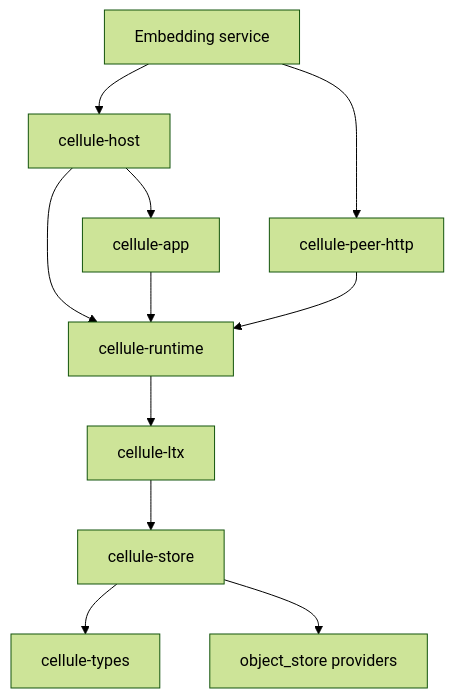
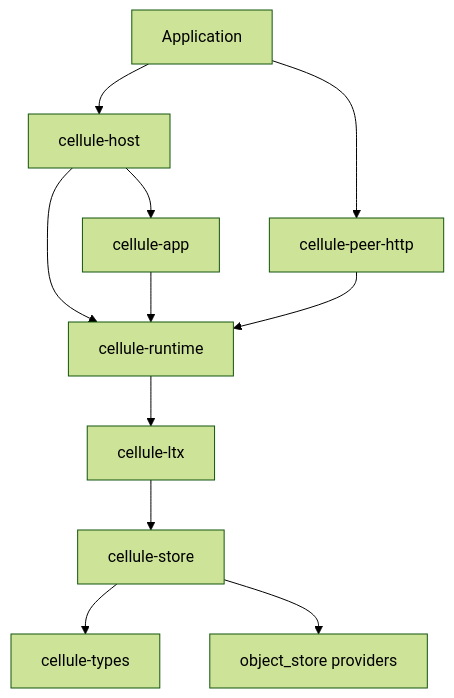
Before and after one commit to andypeng2015/cellule: the first of 2 diagrams in docs/architecture.md, drawn with Mermaid (forest theme). The commit also changed other lines of this file and 93 other files, not shown here.

````diff
--- a/docs/architecture.md
+++ b/docs/architecture.md
@@ -5,13 +5,13 @@
 ```mermaid
 flowchart TD
-    Service[Embedding service] --> Host[cellule-host]
+    Service[Application] --> Host[cellule-host]
     Service --> HTTP[cellule-peer-http]
     Host --> App[cellule-app]
     Host --> Runtime[cellule-runtime]
     App --> Runtime
     HTTP --> Runtime
     Runtime --> LTX[cellule-ltx]
     LTX --> Store[cellule-store]
     Store --> Types[cellule-types]
     Store --> Providers[object_store providers]
 ```
````
